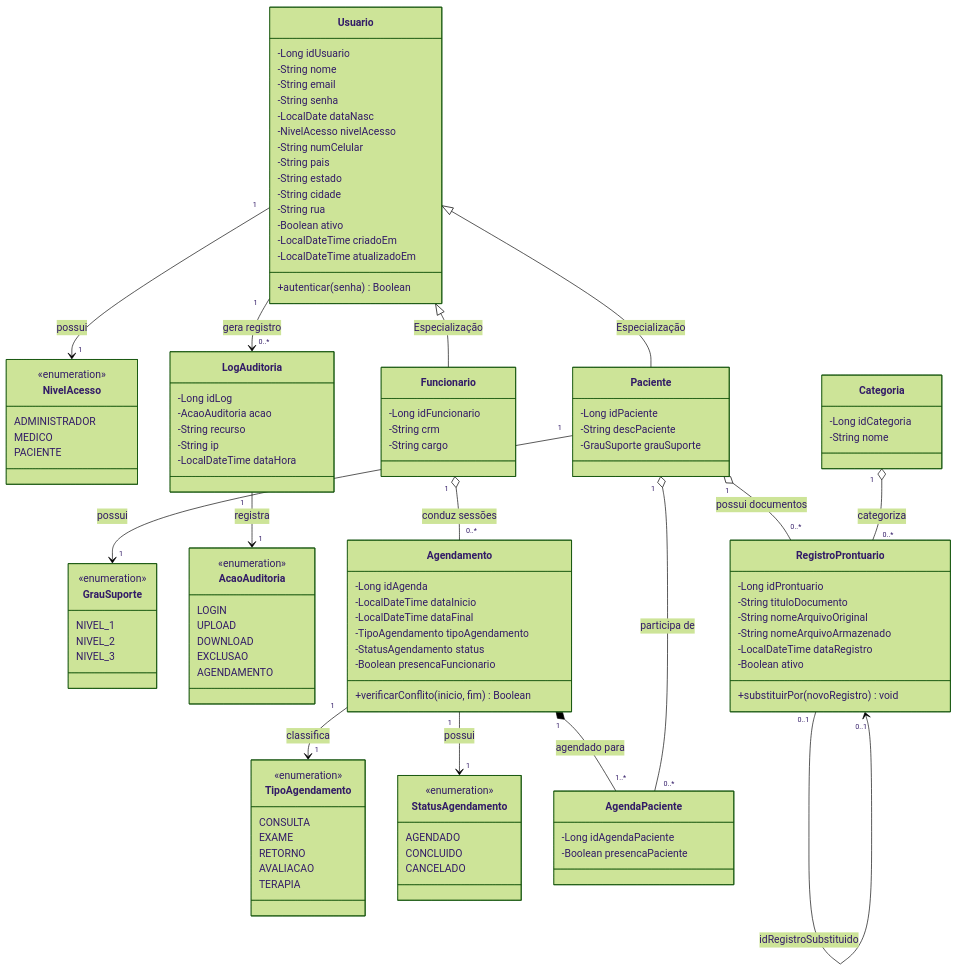
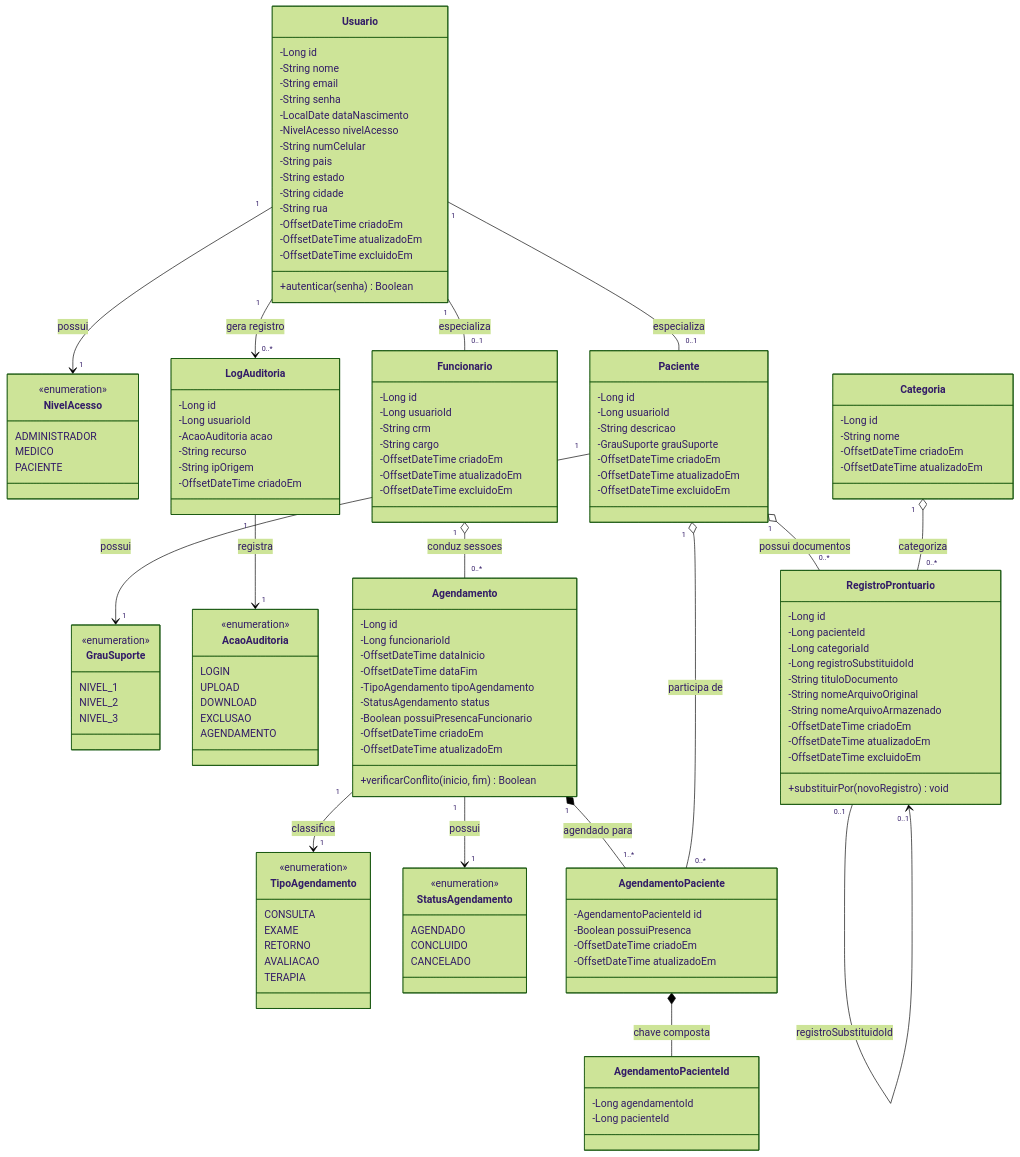
Before and after one commit to lopxs1/MetodologiaSDD: the diagram in .specify/reference/architecture/diagrama-classes.md, drawn with Mermaid (forest theme). The commit also changed 23 other files, not shown here.

```diff
--- a/.specify/reference/architecture/diagrama-classes.md
+++ b/.specify/reference/architecture/diagrama-classes.md
@@ -49,87 +49,113 @@
     }
 
     class Usuario {
-        -Long idUsuario
+        -Long id
         -String nome
         -String email
         -String senha
-        -LocalDate dataNasc
+        -LocalDate dataNascimento
         -NivelAcesso nivelAcesso
         -String numCelular
         -String pais
         -String estado
         -String cidade
         -String rua
-        -Boolean ativo
-        -LocalDateTime criadoEm
-        -LocalDateTime atualizadoEm
+        -OffsetDateTime criadoEm
+        -OffsetDateTime atualizadoEm
+        -OffsetDateTime excluidoEm
         +autenticar(senha) Boolean
     }
 
     class Funcionario {
-        -Long idFuncionario
+        -Long id
+        -Long usuarioId
         -String crm
         -String cargo
+        -OffsetDateTime criadoEm
+        -OffsetDateTime atualizadoEm
+        -OffsetDateTime excluidoEm
     }
 
     class Paciente {
-        -Long idPaciente
-        -String descPaciente
+        -Long id
+        -Long usuarioId
+        -String descricao
         -GrauSuporte grauSuporte
+        -OffsetDateTime criadoEm
+        -OffsetDateTime atualizadoEm
+        -OffsetDateTime excluidoEm
     }
 
     class Categoria {
-        -Long idCategoria
+        -Long id
         -String nome
+        -OffsetDateTime criadoEm
+        -OffsetDateTime atualizadoEm
     }
 
     class RegistroProntuario {
-        -Long idProntuario
+        -Long id
+        -Long pacienteId
+        -Long categoriaId
+        -Long registroSubstituidoId
         -String tituloDocumento
         -String nomeArquivoOriginal
         -String nomeArquivoArmazenado
-        -LocalDateTime dataRegistro
-        -Boolean ativo
+        -OffsetDateTime criadoEm
+        -OffsetDateTime atualizadoEm
+        -OffsetDateTime excluidoEm
         +substituirPor(novoRegistro) void
     }
 
     class Agendamento {
-        -Long idAgenda
-        -LocalDateTime dataInicio
-        -LocalDateTime dataFinal
+        -Long id
+        -Long funcionarioId
+        -OffsetDateTime dataInicio
+        -OffsetDateTime dataFim
         -TipoAgendamento tipoAgendamento
         -StatusAgendamento status
-        -Boolean presencaFuncionario
+        -Boolean possuiPresencaFuncionario
+        -OffsetDateTime criadoEm
+        -OffsetDateTime atualizadoEm
         +verificarConflito(inicio, fim) Boolean
     }
 
-    class AgendaPaciente {
-        -Long idAgendaPaciente
-        -Boolean presencaPaciente
+    class AgendamentoPacienteId {
+        -Long agendamentoId
+        -Long pacienteId
+    }
+
+    class AgendamentoPaciente {
+        -AgendamentoPacienteId id
+        -Boolean possuiPresenca
+        -OffsetDateTime criadoEm
+        -OffsetDateTime atualizadoEm
     }
 
     class LogAuditoria {
-        -Long idLog
+        -Long id
+        -Long usuarioId
         -AcaoAuditoria acao
         -String recurso
-        -String ip
-        -LocalDateTime dataHora
+        -String ipOrigem
+        -OffsetDateTime criadoEm
     }
 
-    Usuario <|-- Funcionario : Especialização
-    Usuario <|-- Paciente : Especialização
+    Usuario "1" -- "0..1" Funcionario : especializa
+    Usuario "1" -- "0..1" Paciente : especializa
     Usuario "1" --> "1" NivelAcesso : possui
     Paciente "1" --> "1" GrauSuporte : possui
 
     Paciente "1" o-- "0..*" RegistroProntuario : possui documentos
     Categoria "1" o-- "0..*" RegistroProntuario : categoriza
-    RegistroProntuario "0..1" --> "0..1" RegistroProntuario : idRegistroSubstituido
+    RegistroProntuario "0..1" --> "0..1" RegistroProntuario : registroSubstituidoId
 
-    Funcionario "1" o-- "0..*" Agendamento : conduz sessões
+    Funcionario "1" o-- "0..*" Agendamento : conduz sessoes
     Agendamento "1" --> "1" TipoAgendamento : classifica
     Agendamento "1" --> "1" StatusAgendamento : possui
-    Agendamento "1" *-- "1..*" AgendaPaciente : agendado para
-    Paciente "1" o-- "0..*" AgendaPaciente : participa de
+    Agendamento "1" *-- "1..*" AgendamentoPaciente : agendado para
+    Paciente "1" o-- "0..*" AgendamentoPaciente : participa de
+    AgendamentoPaciente *-- AgendamentoPacienteId : chave composta
 
     Usuario "1" --> "0..*" LogAuditoria : gera registro
     LogAuditoria "1" --> "1" AcaoAuditoria : registra
```
